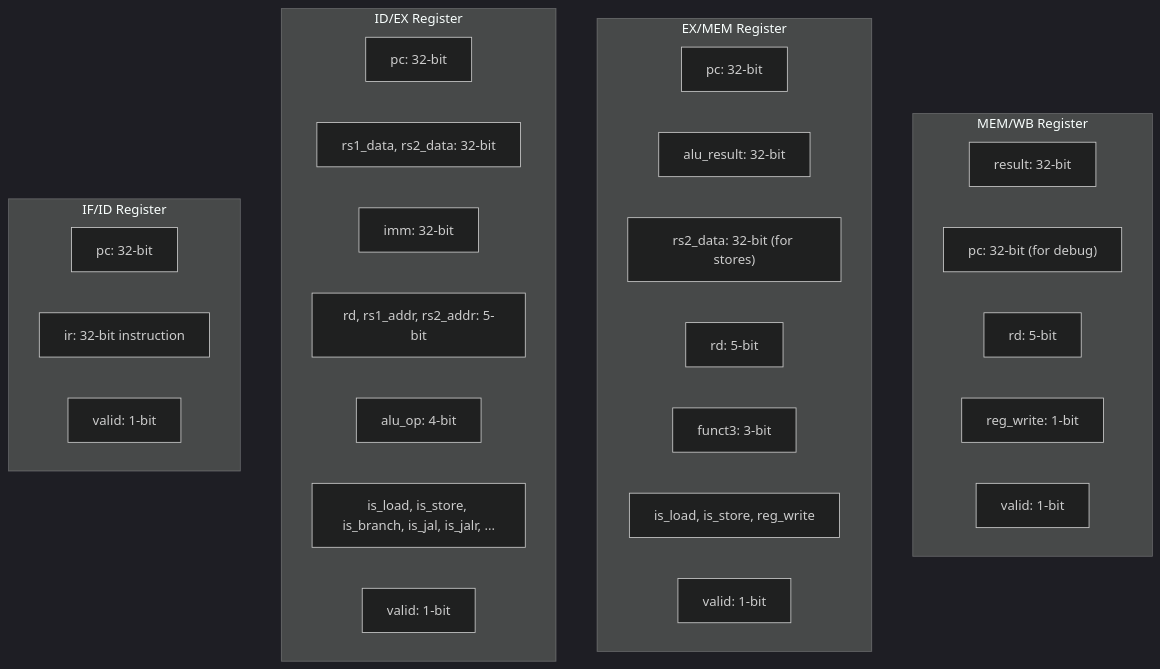
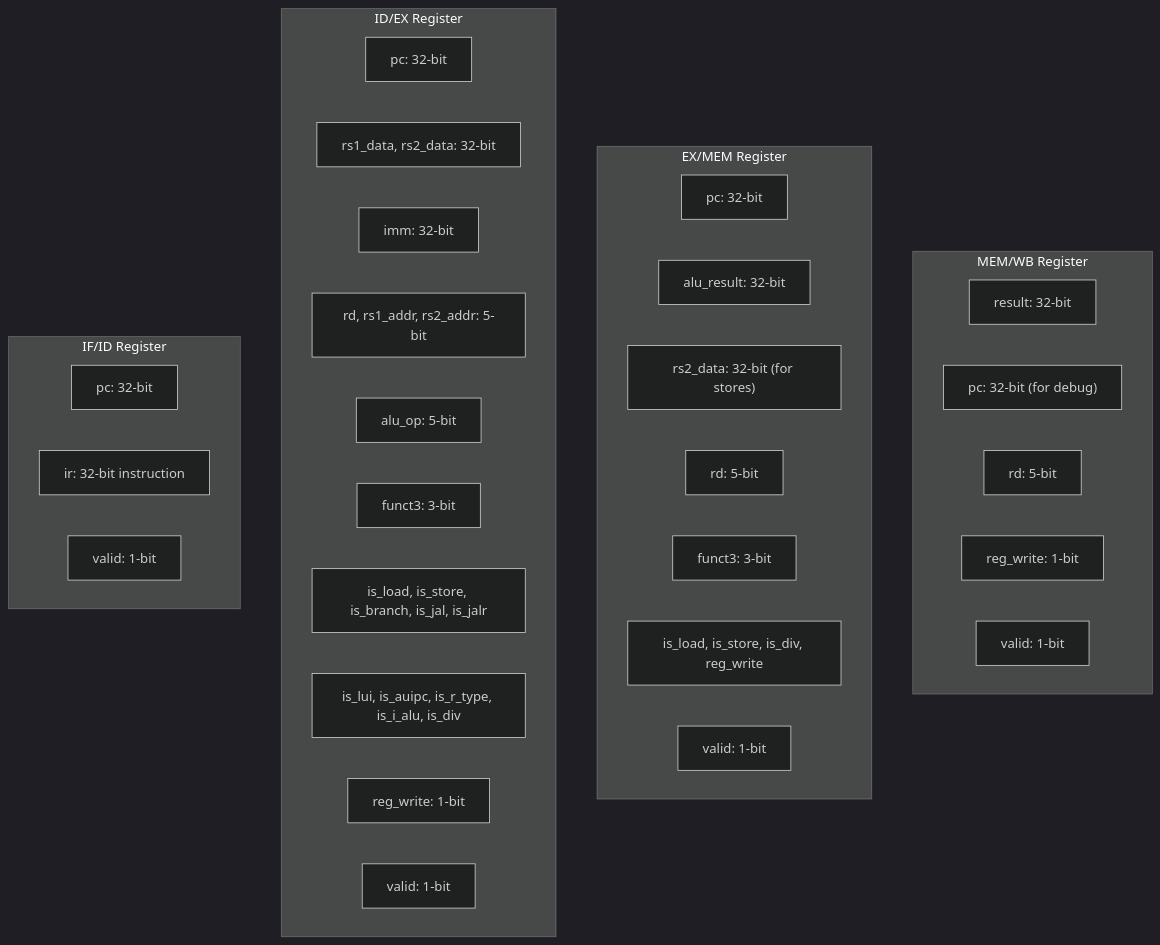
One commit to paudiaz99/Z-Core changed the sixth of 10 diagrams in doc/PIPELINE.md. Above: the diagram before and after it, drawn with Mermaid (dark theme). The commit also changed other lines of this file and 1 other file, not shown here.

Commit message:
Documentation: Update Pipeline & Axi diagrams

````diff
--- a/doc/PIPELINE.md
+++ b/doc/PIPELINE.md
@@ -189,36 +195,39 @@
 ```mermaid
 graph TD
     subgraph MEM_WB["MEM/WB Register"]
         D1["result: 32-bit"]
         D2["pc: 32-bit (for debug)"]
         D3["rd: 5-bit"]
         D4["reg_write: 1-bit"]
         D5["valid: 1-bit"]
     end
 
     subgraph EX_MEM["EX/MEM Register"]
         C1["pc: 32-bit"]
         C2["alu_result: 32-bit"]
         C3["rs2_data: 32-bit (for stores)"]
         C4["rd: 5-bit"]
         C5["funct3: 3-bit"]
-        C6["is_load, is_store, reg_write"]
+        C6["is_load, is_store, is_div, reg_write"]
         C7["valid: 1-bit"]
     end
 
     subgraph ID_EX["ID/EX Register"]
         B1["pc: 32-bit"]
         B2["rs1_data, rs2_data: 32-bit"]
         B3["imm: 32-bit"]
         B4["rd, rs1_addr, rs2_addr: 5-bit"]
-        B5["alu_op: 4-bit"]
-        B6["is_load, is_store, is_branch, is_jal, is_jalr, ..."]
-        B7["valid: 1-bit"]
+        B5["alu_op: 5-bit"]
+        B6["funct3: 3-bit"]
+        B7["is_load, is_store, is_branch, is_jal, is_jalr"]
+        B8["is_lui, is_auipc, is_r_type, is_i_alu, is_div"]
+        B9["reg_write: 1-bit"]
+        B10["valid: 1-bit"]
     end
 
     subgraph IF_ID["IF/ID Register"]
         A1["pc: 32-bit"]
         A2["ir: 32-bit instruction"]
         A3["valid: 1-bit"]
     end
 ```
````
